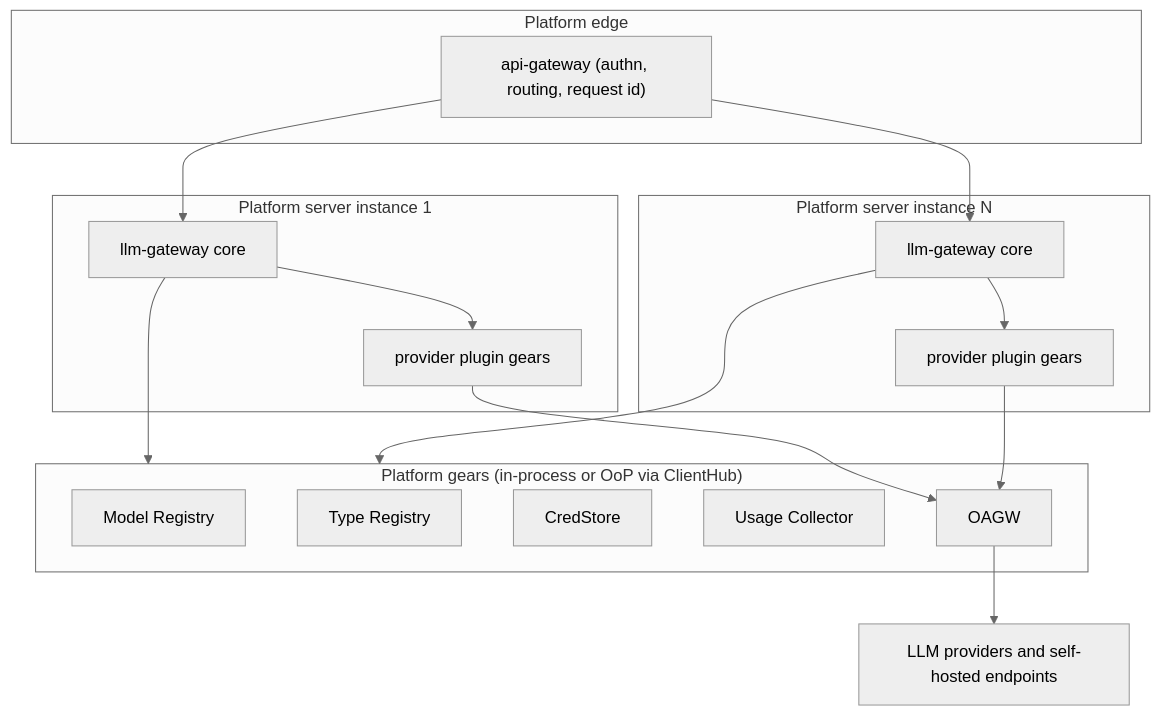
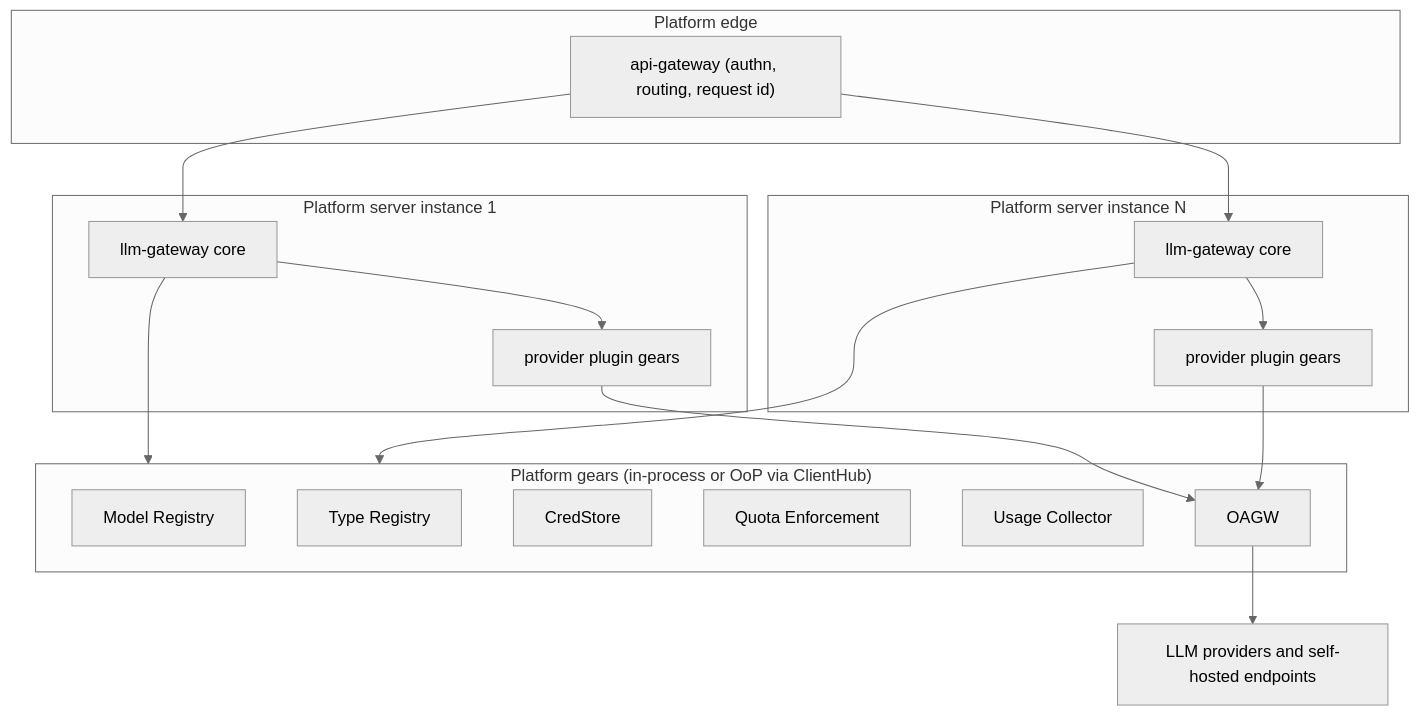
One commit to AndIConstructor/gears-rust changed diagram 15 of 15 in gears/llm-gateway/docs/DESIGN.md. Above: the diagram before and after it, drawn with Mermaid (neutral theme). The commit also changed other lines of this file, not shown here.

Commit message:
docs(llm-gateway): restore quota enforcement through Quota Enforcement leases Signed-off-by: ritmix3300 <dmitriy.matveev95@gmail.com>

````diff
--- a/gears/llm-gateway/docs/DESIGN.md
+++ b/gears/llm-gateway/docs/DESIGN.md
@@ -1096,31 +1219,32 @@
 ```mermaid
 graph TB
     subgraph EDGE["Platform edge"]
         AG["api-gateway (authn, routing, request id)"]
     end
     subgraph NODE1["Platform server instance 1"]
         GW1["llm-gateway core"]
         PL1["provider plugin gears"]
     end
     subgraph NODEN["Platform server instance N"]
         GWN["llm-gateway core"]
         PLN["provider plugin gears"]
     end
     subgraph PLAT["Platform gears (in-process or OoP via ClientHub)"]
         MR["Model Registry"]
         TY["Type Registry"]
         CS["CredStore"]
+        QE["Quota Enforcement"]
         UC["Usage Collector"]
         OAGW["OAGW"]
     end
     PROV["LLM providers and self-hosted endpoints"]
     AG --> GW1
     AG --> GWN
     GW1 --> PL1
     GWN --> PLN
     GW1 --> PLAT
     GWN --> PLAT
     PL1 --> OAGW
     PLN --> OAGW
     OAGW --> PROV
 ```
````
